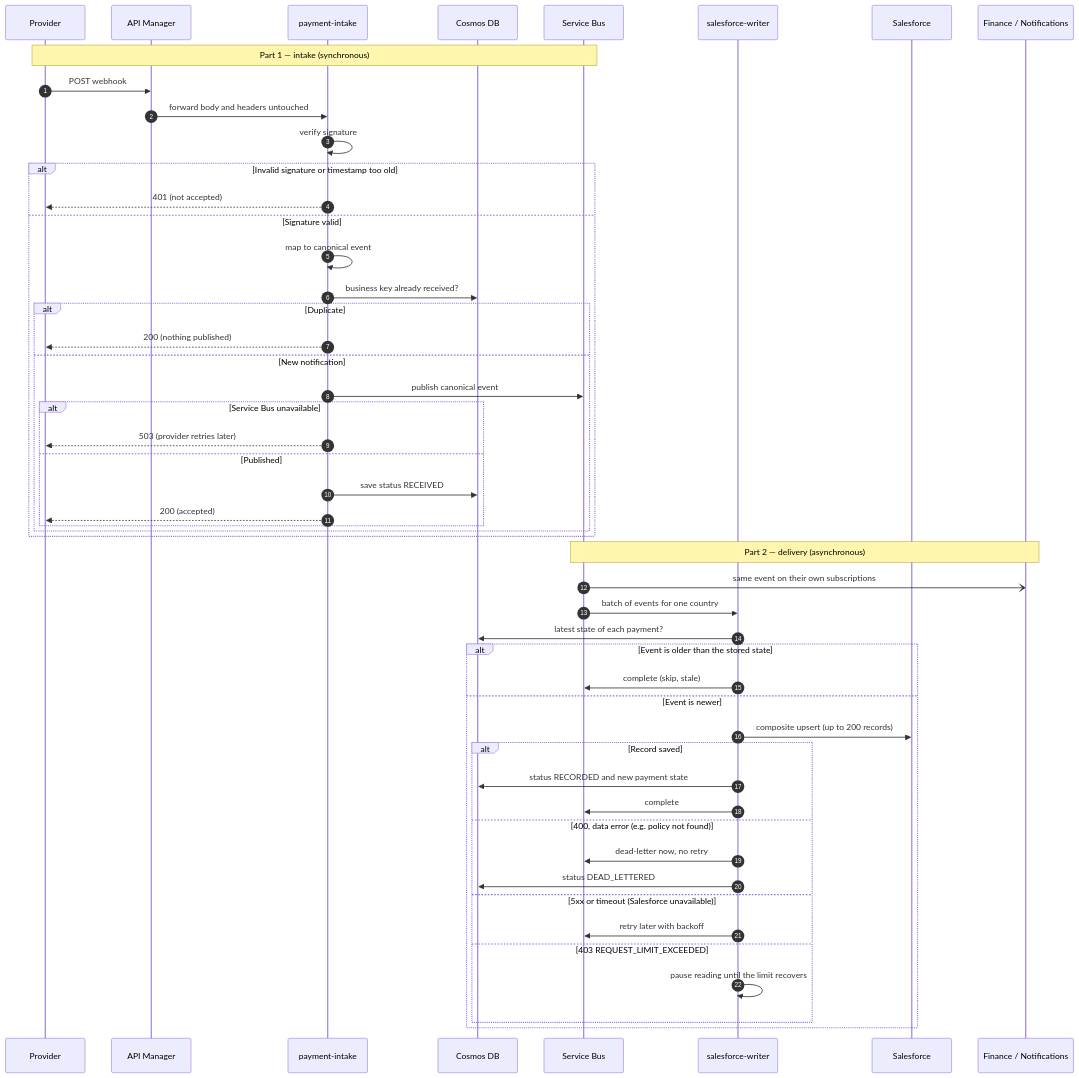
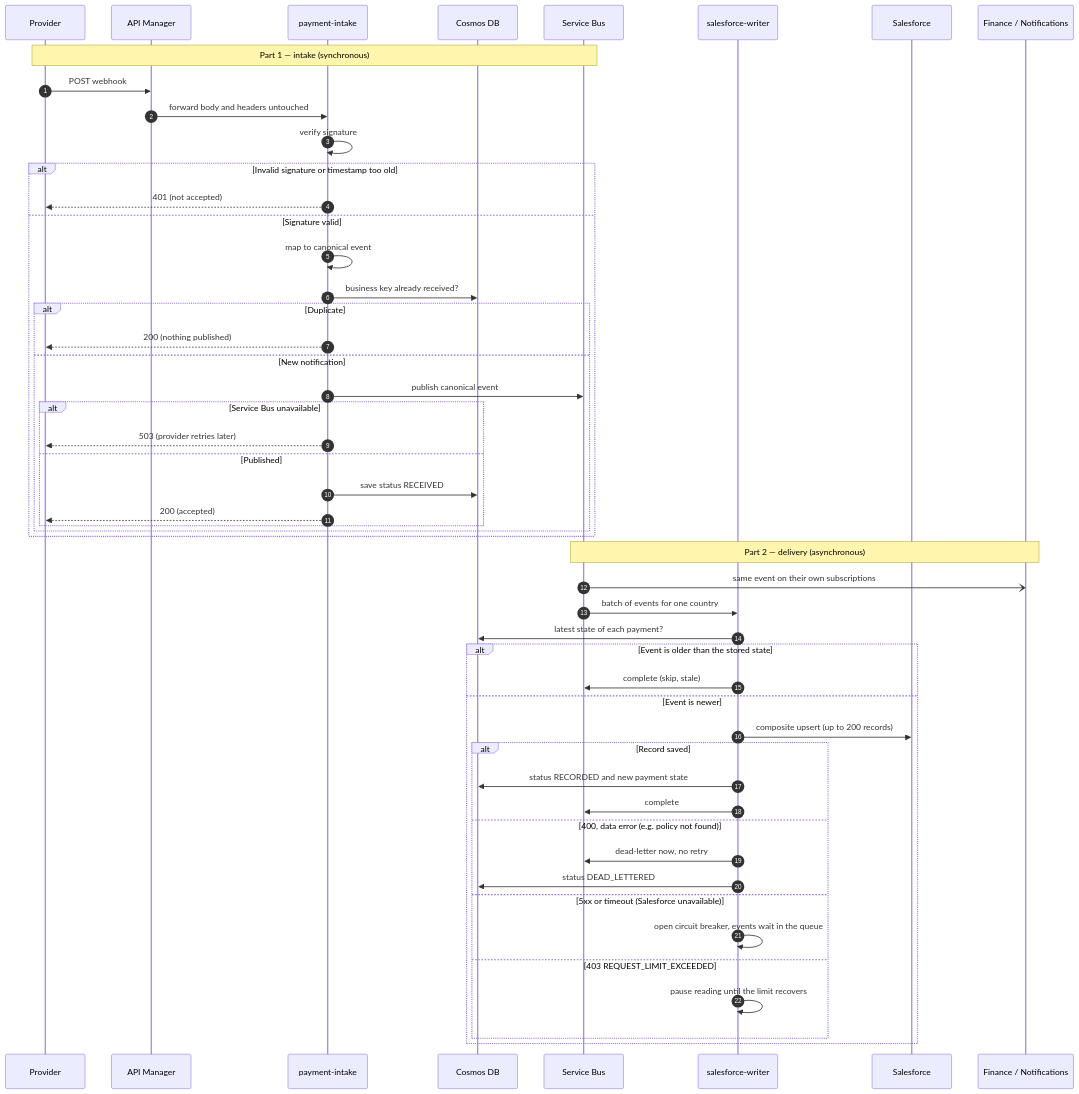
Before and after one commit to namaba18/MeridianMutual: the second of 3 diagrams in docs/design/SOLUTION_DESIGN.md, drawn with Mermaid. The commit also changed other lines of this file and 4 other files, not shown here.

````diff
--- a/docs/design/SOLUTION_DESIGN.md
+++ b/docs/design/SOLUTION_DESIGN.md
@@ -90,57 +90,57 @@
 ```mermaid
 sequenceDiagram
     autonumber
     participant P as Provider
     participant APIM as API Manager
     participant IN as payment-intake
     participant DB as Cosmos DB
     participant SB as Service Bus
     participant SFW as salesforce-writer
     participant SF as Salesforce
     participant C as Finance / Notifications
 
     Note over P,SB: Part 1 — intake (synchronous)
     P->>APIM: POST webhook
     APIM->>IN: forward body and headers untouched
     IN->>IN: verify signature
 
     alt Invalid signature or timestamp too old
         IN-->>P: 401 (not accepted)
     else Signature valid
         IN->>IN: map to canonical event
         IN->>DB: business key already received?
         alt Duplicate
             IN-->>P: 200 (nothing published)
         else New notification
             IN->>SB: publish canonical event
             alt Service Bus unavailable
                 IN-->>P: 503 (provider retries later)
             else Published
                 IN->>DB: save status RECEIVED
                 IN-->>P: 200 (accepted)
             end
         end
     end
 
     Note over SB,C: Part 2 — delivery (asynchronous)
     SB-)C: same event on their own subscriptions
     SB->>SFW: batch of events for one country
     SFW->>DB: latest state of each payment?
 
     alt Event is older than the stored state
         SFW->>SB: complete (skip, stale)
     else Event is newer
         SFW->>SF: composite upsert (up to 200 records)
         alt Record saved
             SFW->>DB: status RECORDED and new payment state
             SFW->>SB: complete
         else 400, data error (e.g. policy not found)
             SFW->>SB: dead-letter now, no retry
             SFW->>DB: status DEAD_LETTERED
         else 5xx or timeout (Salesforce unavailable)
-            SFW->>SB: retry later with backoff
+            SFW->>SFW: open circuit breaker, events wait in the queue
         else 403 REQUEST_LIMIT_EXCEEDED
             SFW->>SFW: pause reading until the limit recovers
         end
     end
 ```
````
